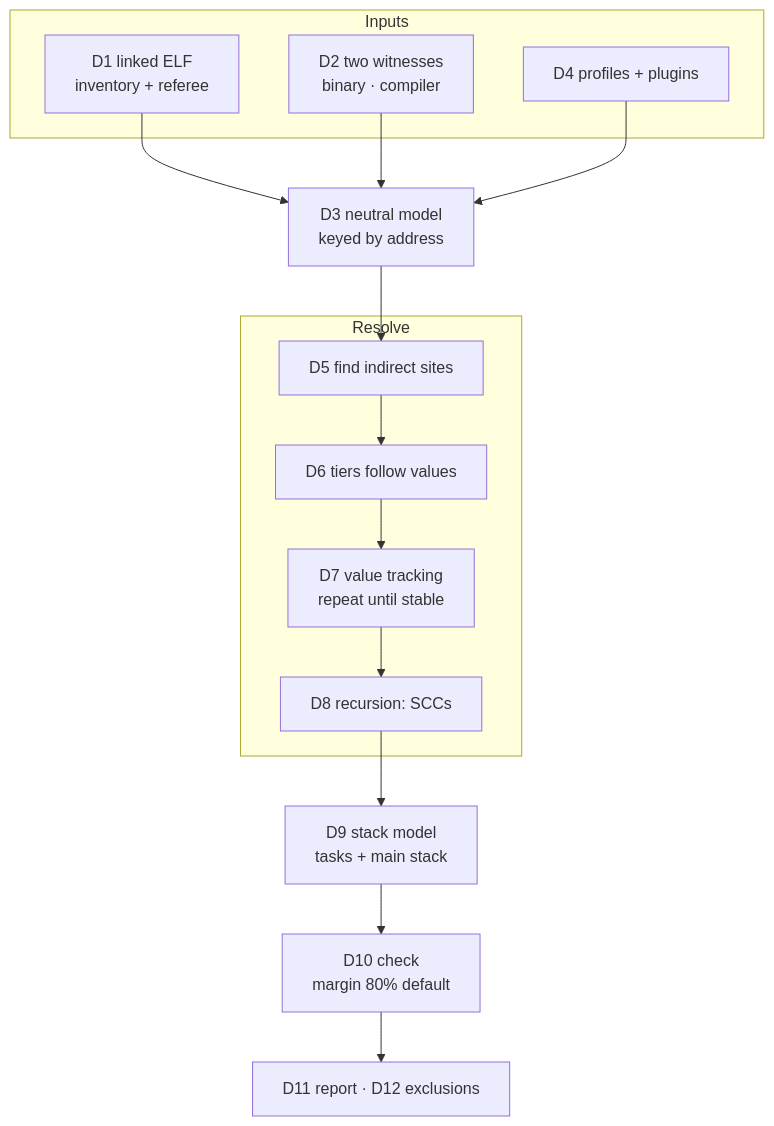
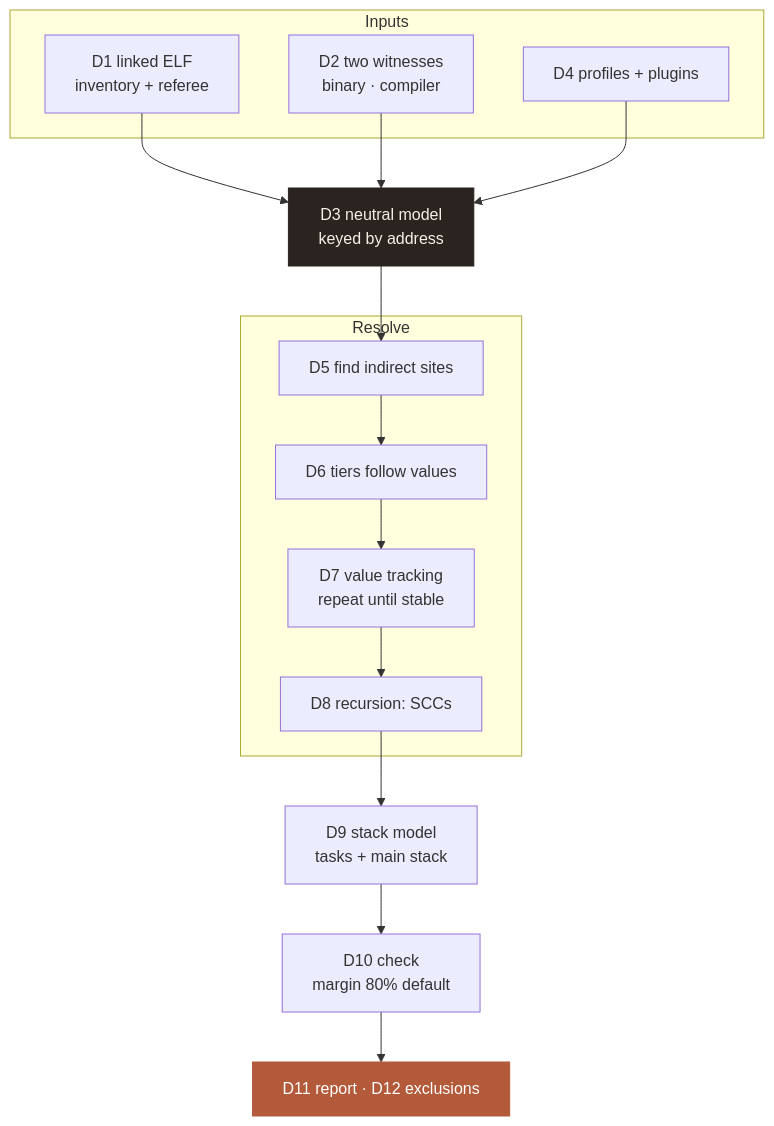
One commit to binhnguyenthanh051-ops/stack_bound changed the first of 8 diagrams in docs/adr/ADR-0001-architecture.md. Above: the diagram before and after it, drawn with Mermaid. The commit also changed other lines of this file and 3 other files, not shown here.

First line of the commit message:
docs: key/hot figure boxes; idea reviewed; Thumb-2 figure top-down

````diff
--- a/docs/adr/ADR-0001-architecture.md
+++ b/docs/adr/ADR-0001-architecture.md
@@ -23,22 +23,26 @@
 ```mermaid
 flowchart TB
   subgraph IN["Inputs"]
     ELF["D1 linked ELF<br/>inventory + referee"]
     WIT["D2 two witnesses<br/>binary · compiler"]
     PRO["D4 profiles + plugins"]
   end
   MOD["D3 neutral model<br/>keyed by address"]
   subgraph RES["Resolve"]
     SITE["D5 find indirect sites"]
     TIER["D6 tiers follow values"]
     VAL["D7 value tracking<br/>repeat until stable"]
     REC["D8 recursion: SCCs"]
   end
   STK["D9 stack model<br/>tasks + main stack"]
   CHK["D10 check<br/>margin 80% default"]
   REP["D11 report · D12 exclusions"]
   ELF --> MOD
   WIT --> MOD
   PRO --> MOD
   MOD --> SITE --> TIER --> VAL --> REC --> STK --> CHK --> REP
+  classDef key fill:#2b2320,stroke:#2b2320,color:#f6efe6
+  classDef hot fill:#b35a3a,stroke:#b35a3a,color:#ffffff
+  class MOD key
+  class REP hot
 ```
````
